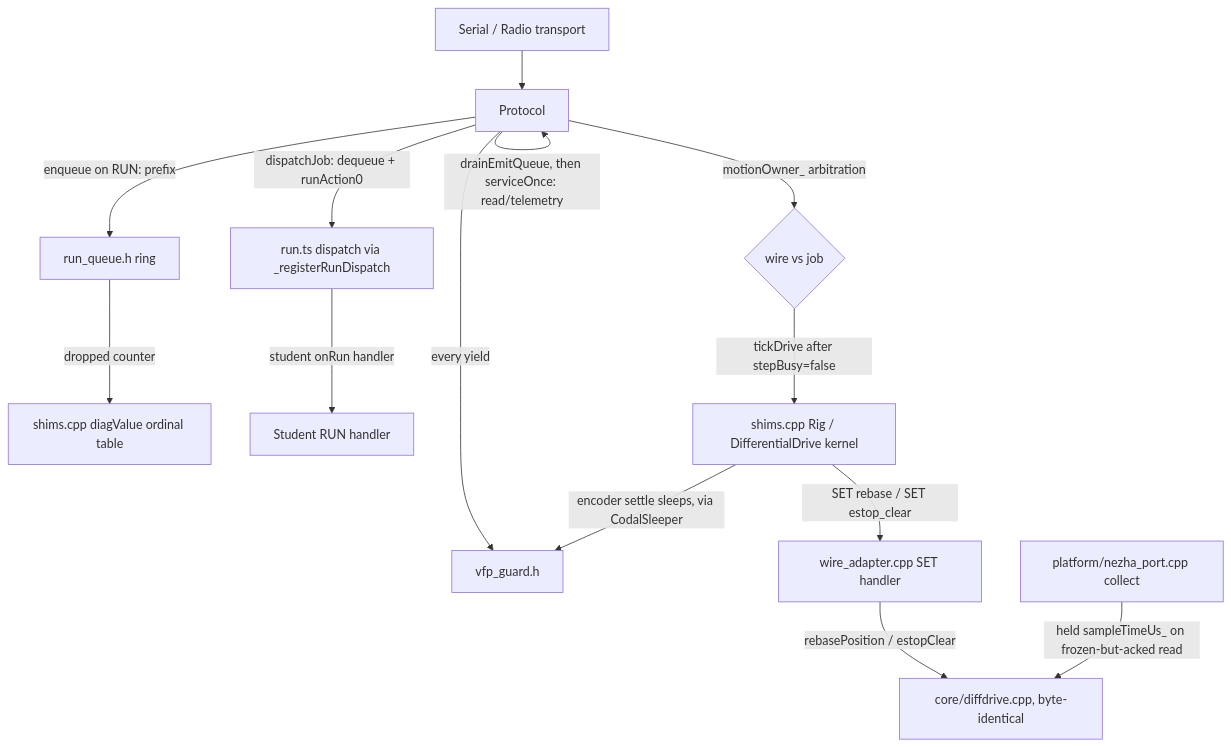
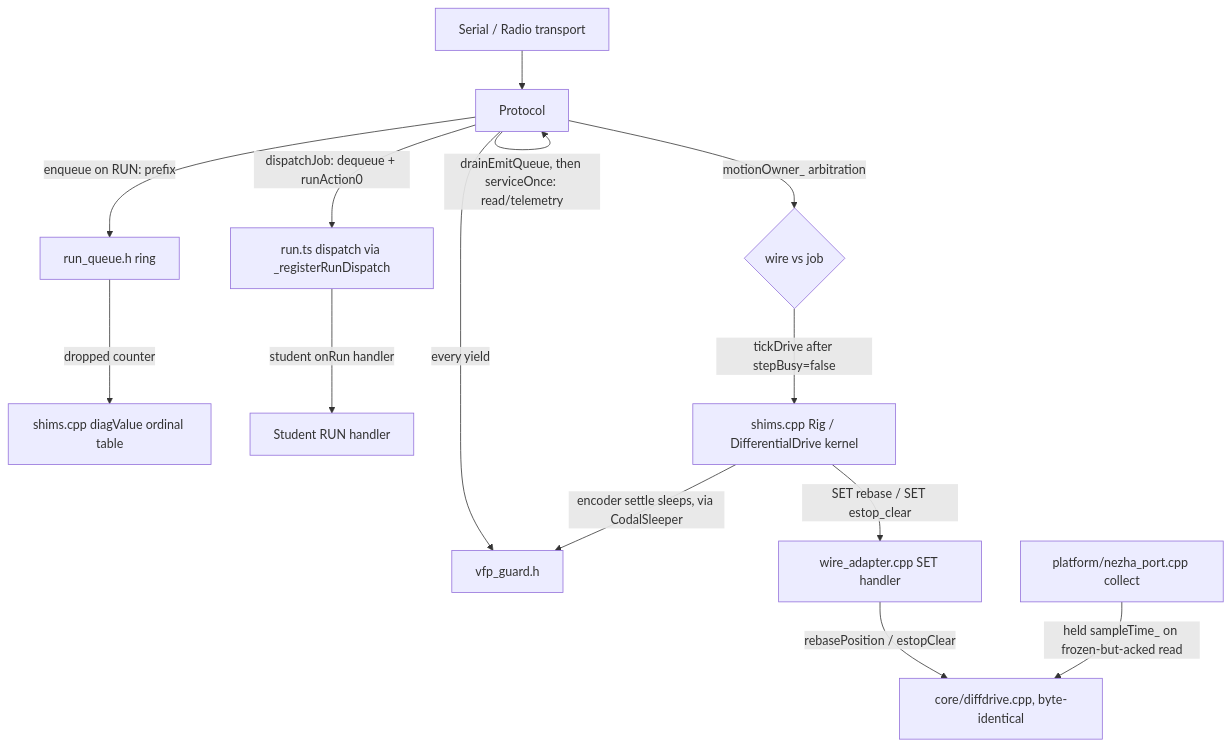
The diagram in src/DESIGN.md (League-Robotics/pxt-nezha-diffdrive), drawn with Mermaid before and after one commit. The commit also changed other lines of this file and 3 other files, not shown here.

````diff
--- a/src/DESIGN.md
+++ b/src/DESIGN.md
@@ -978,16 +978,16 @@
 ```mermaid
 graph TD
     Wire[Serial / Radio transport] --> Protocol
     Protocol -->|drainEmitQueue, then serviceOnce: read/telemetry| Protocol
     Protocol -->|enqueue on RUN: prefix| RunQueue[run_queue.h ring]
     RunQueue -->|dropped counter| DiagValue[shims.cpp diagValue ordinal table]
     Protocol -->|dispatchJob: dequeue + runAction0| TSDispatch[run.ts dispatch via _registerRunDispatch]
     TSDispatch -->|student onRun handler| StudentCode[Student RUN handler]
     Protocol -->|motionOwner_ arbitration| MotionOwner{wire vs job}
     MotionOwner -->|tickDrive after stepBusy=false| Rig[shims.cpp Rig / DifferentialDrive kernel]
     Protocol -->|every yield| VfpGuard[vfp_guard.h]
     Rig -->|encoder settle sleeps, via CodalSleeper| VfpGuard
     Rig -->|SET rebase / SET estop_clear| WireAdapter[wire_adapter.cpp SET handler]
     WireAdapter -->|rebasePosition / estopClear| Kernel[core/diffdrive.cpp, byte-identical]
-    NezhaPort[platform/nezha_port.cpp collect] -->|held sampleTimeUs_ on frozen-but-acked read| Kernel
+    NezhaPort[platform/nezha_port.cpp collect] -->|held sampleTime_ on frozen-but-acked read| Kernel
 ```
````
